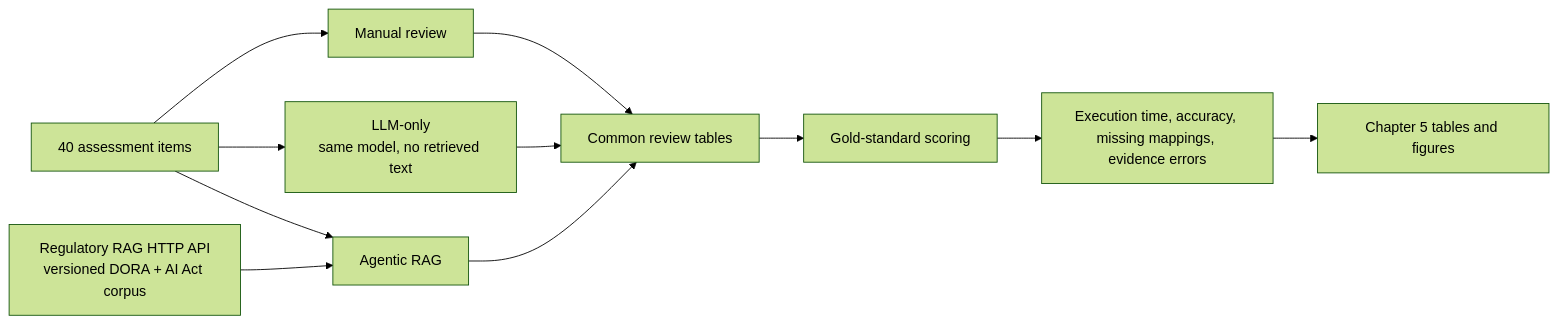
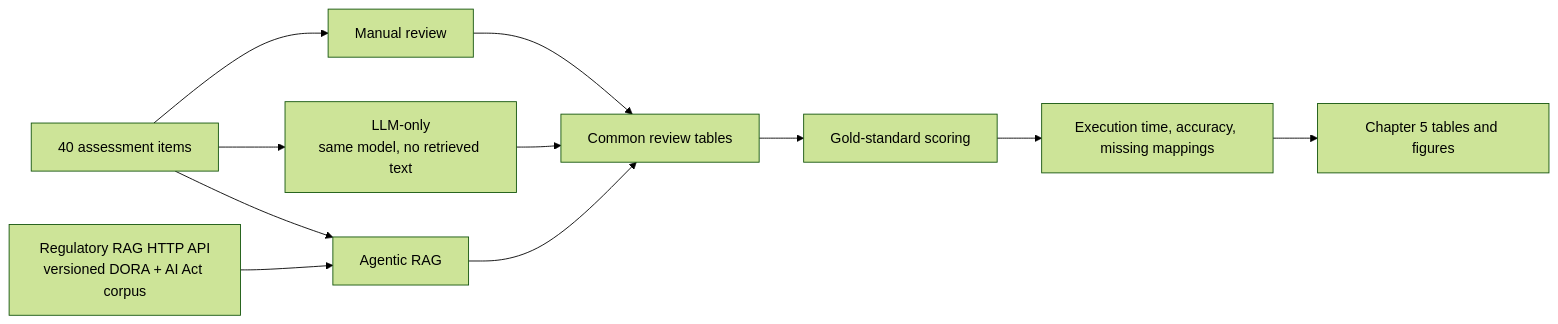
The first of 2 diagrams in thesis_outputs/system_diagrams.md (liyouqi/ai-cyber-risk-thesis), drawn with Mermaid (forest theme) before and after one commit. The commit also changed 22 other files, not shown here.

````diff
--- a/thesis_outputs/system_diagrams.md
+++ b/thesis_outputs/system_diagrams.md
@@ -8,13 +8,13 @@
 ```mermaid
 flowchart LR
     D[40 assessment items] --> M[Manual review]
     D --> L[LLM-only<br/>same model, no retrieved text]
     D --> A[Agentic RAG]
     R[Regulatory RAG HTTP API<br/>versioned DORA + AI Act corpus] --> A
     M --> O[Common review tables]
     L --> O
     A --> O
     O --> H[Gold-standard scoring]
-    H --> C[Execution time, accuracy, missing mappings, evidence errors]
+    H --> C[Execution time, accuracy, missing mappings]
     C --> T[Chapter 5 tables and figures]
 ```
````
